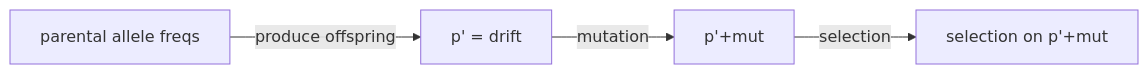
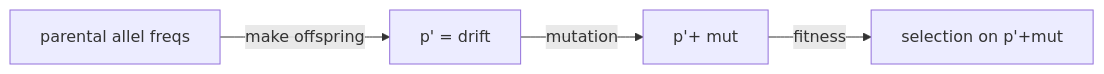
One commit to Jcbnunez/uvm-fqr changed the fourth of 4 diagrams in Lectures/Lect5_Simulation_frameworks.md. Above: the diagram before and after it, drawn with Mermaid.

Commit message:
Lectures/Lect5_Simulation_frameworks.md updated from https://stackedit.io/

````diff
--- a/Lectures/Lect5_Simulation_frameworks.md
+++ b/Lectures/Lect5_Simulation_frameworks.md
@@ -112,4 +112,4 @@
 ```mermaid
 graph LR
-a[parental allele freqs] --produce offspring--> b[p' = drift] --mutation--> c[p'+mut] --selection --> d[selection on p'+mut]
+a[parental allel freqs] --make offspring--> b[p' = drift] --mutation--> c[p'+ mut] --fitness --> d[selection on p'+mut]
 ```
````
